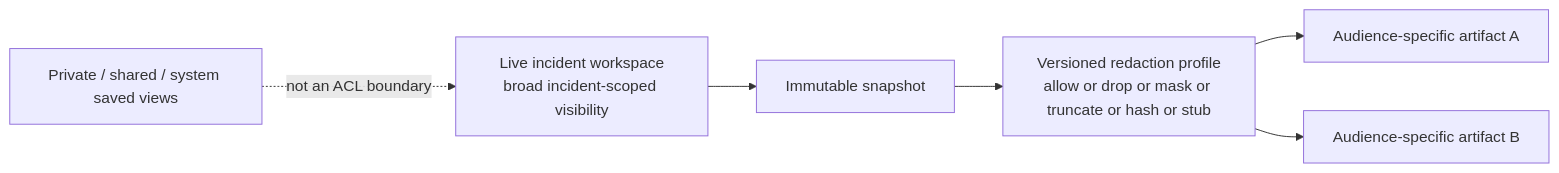
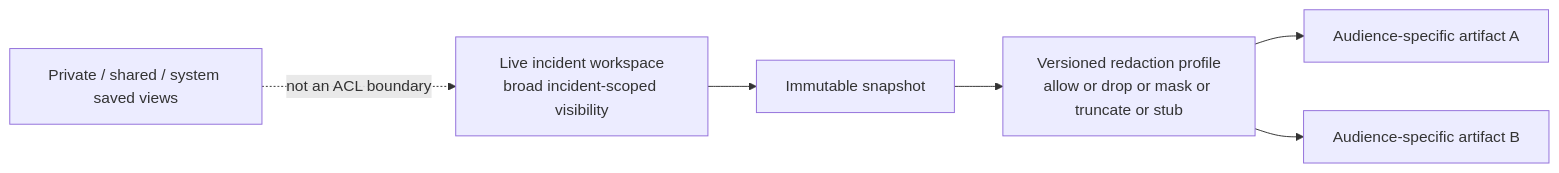
The fourth of 4 diagrams in README.md (JochiRaider/cartulary), drawn with Mermaid before and after one commit. The commit also changed other lines of this file, not shown here.

````diff
--- a/README.md
+++ b/README.md
@@ -148,8 +149,8 @@
 ```mermaid
 flowchart LR
     Live[Live incident workspace\nbroad incident-scoped visibility] --> Snap[Immutable snapshot]
-    Snap --> Redact[Versioned redaction profile\nallow or drop or mask or truncate or hash or stub]
+    Snap --> Redact[Versioned redaction profile\nallow or drop or mask or truncate or stub]
     Redact --> A[Audience-specific artifact A]
     Redact --> B[Audience-specific artifact B]
     Views[Private / shared / system saved views] -. not an ACL boundary .-> Live
 ```
````
